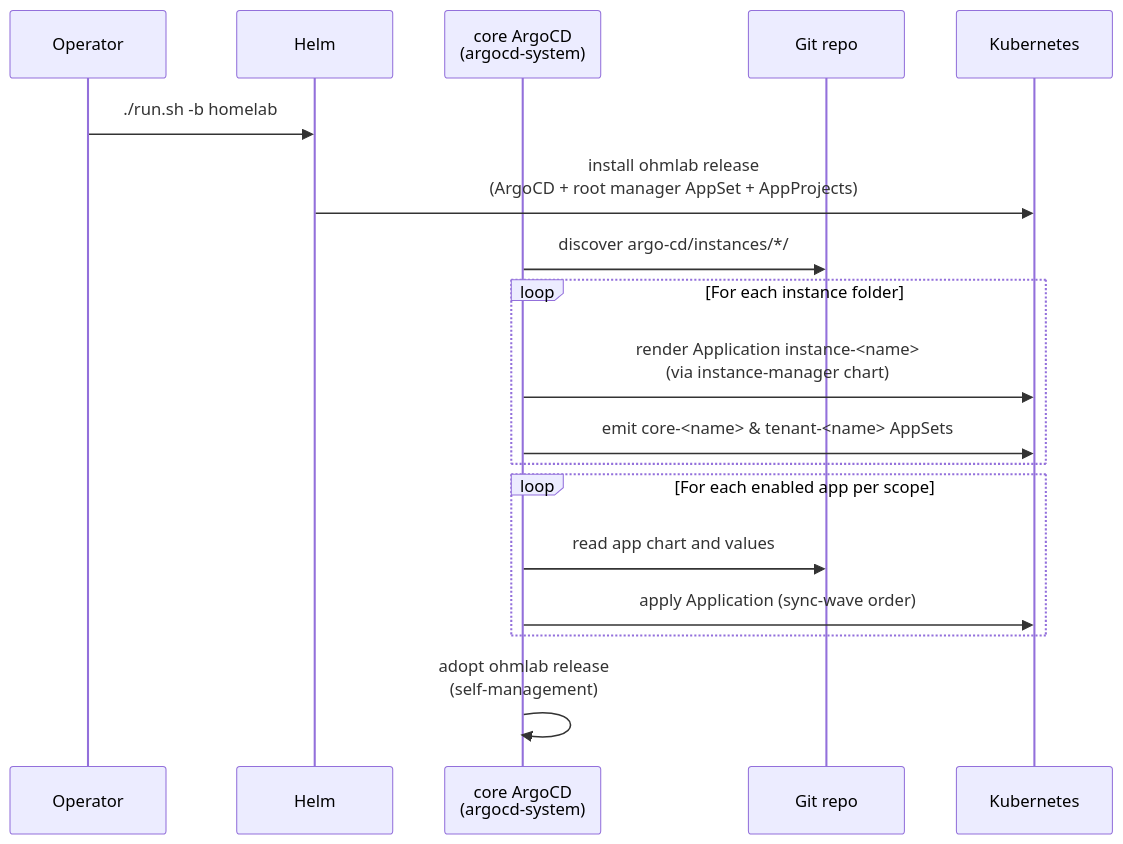
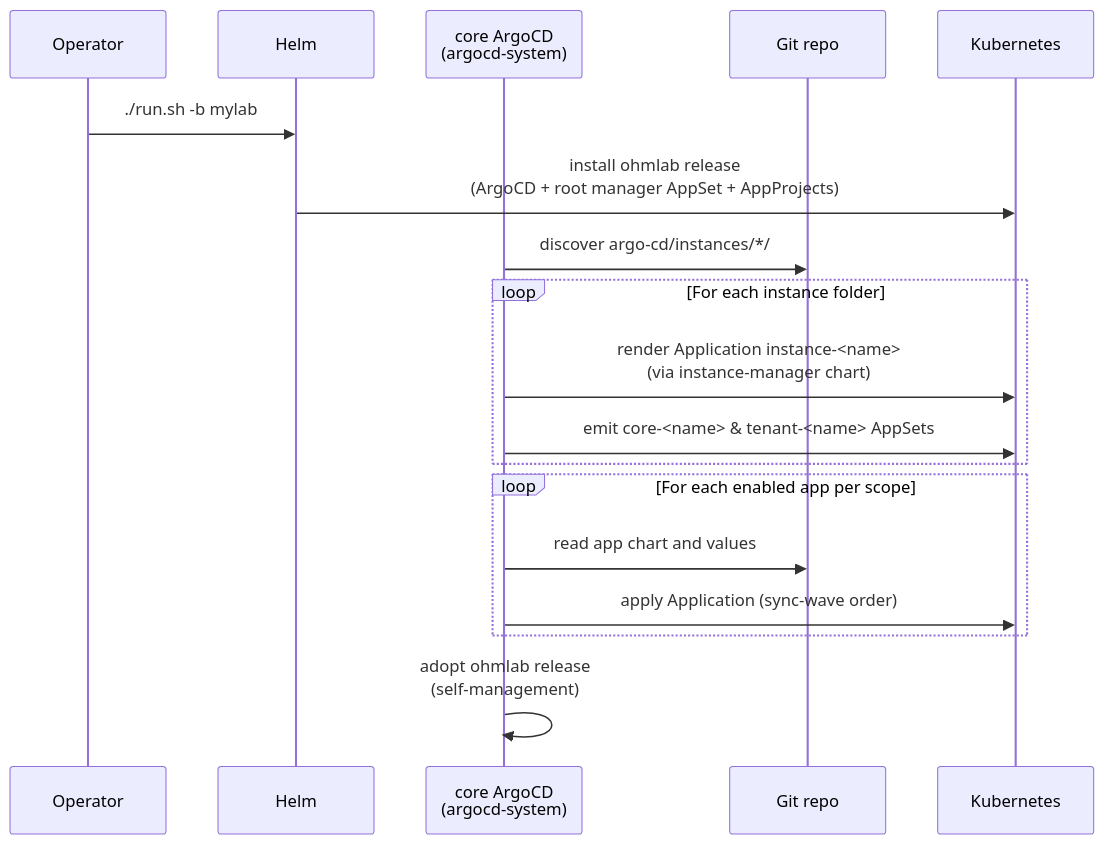
One commit to this-is-tobi/ohmlab changed the first of 3 diagrams in docs/03-installation.md. Above: the diagram before and after it, drawn with Mermaid. The commit also changed other lines of this file and 11 other files, not shown here.

````diff
--- a/docs/03-installation.md
+++ b/docs/03-installation.md
@@ -265,20 +265,20 @@
 ```mermaid
 sequenceDiagram
     participant Op as Operator
     participant Helm
     participant Core as core ArgoCD<br/>(argocd-system)
     participant Git as Git repo
     participant K8s as Kubernetes
-    Op->>Helm: ./run.sh -b homelab
+    Op->>Helm: ./run.sh -b mylab
     Helm->>K8s: install ohmlab release<br/>(ArgoCD + root manager AppSet + AppProjects)
     Core->>Git: discover argo-cd/instances/*/
     loop For each instance folder
         Core->>K8s: render Application instance-<name><br/>(via instance-manager chart)
         Core->>K8s: emit core-<name> & tenant-<name> AppSets
     end
     loop For each enabled app per scope
         Core->>Git: read app chart and values
         Core->>K8s: apply Application (sync-wave order)
     end
     Core->>Core: adopt ohmlab release<br/>(self-management)
 ```
````
